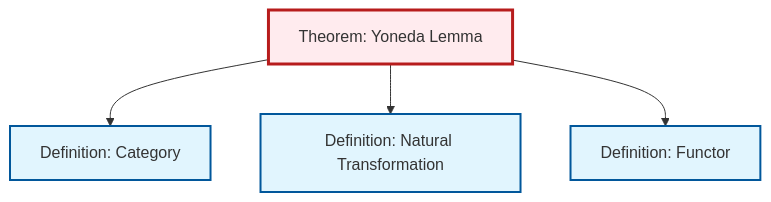
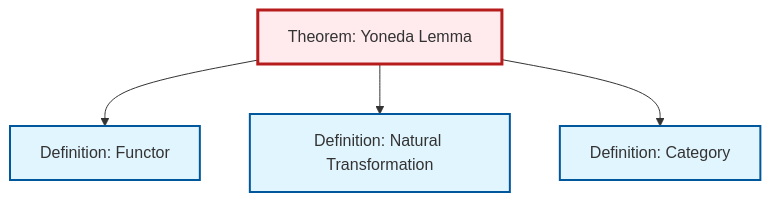
One commit to RK0429/ModernMath changed the diagram in content/en/category-theory/thm-yoneda.qmd. Above: the diagram before and after it, drawn with Mermaid. The commit also changed other lines of this file and 328 other files, not shown here.

````diff
--- a/content/en/category-theory/thm-yoneda.qmd
+++ b/content/en/category-theory/thm-yoneda.qmd
@@ -88,20 +88,20 @@
 ```{mermaid}
 %%| fig-cap: "Local dependency graph"
 graph TD
     classDef definition fill:#e1f5fe,stroke:#01579b,stroke-width:2px
     classDef theorem fill:#f3e5f5,stroke:#4a148c,stroke-width:2px
     classDef axiom fill:#fff3e0,stroke:#e65100,stroke-width:2px
     classDef example fill:#e8f5e9,stroke:#1b5e20,stroke-width:2px
     classDef current fill:#ffebee,stroke:#b71c1c,stroke-width:3px
+    thm-yoneda["Theorem: Yoneda Lemma"]:::theorem
+    def-category["Definition: Category"]:::definition
+    def-natural-transformation["Definition: Natural Transformation"]:::definition
     def-functor["Definition: Functor"]:::definition
-    def-natural-transformation["Definition: Natural Transformation"]:::definition
-    def-category["Definition: Category"]:::definition
-    thm-yoneda["Theorem: Yoneda Lemma"]:::theorem
+    thm-yoneda --> def-functor
+    thm-yoneda --> def-natural-transformation
     thm-yoneda --> def-category
-    thm-yoneda --> def-natural-transformation
-    thm-yoneda --> def-functor
     class thm-yoneda current
+    click def-category "def-category.html" "Go to Category definition"
+    click def-natural-transformation "def-natural-transformation.html" "Go to Natural Transformation definition"
     click def-functor "def-functor.html" "Go to Functor definition"
-    click def-natural-transformation "def-natural-transformation.html" "Go to Natural Transformation definition"
-    click def-category "def-category.html" "Go to Category definition"
 ```
````
